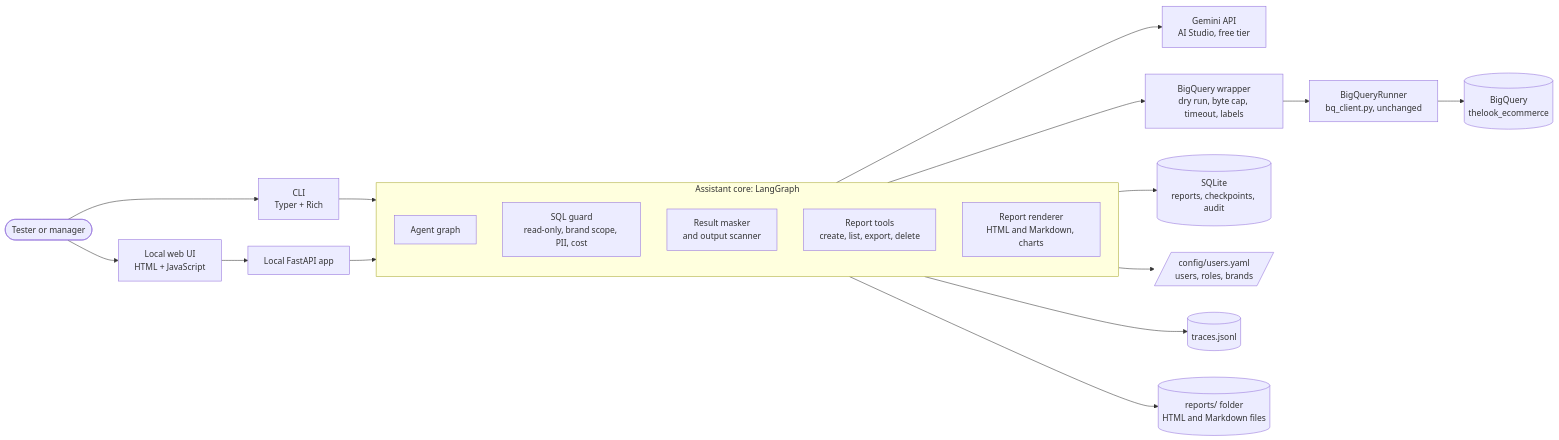
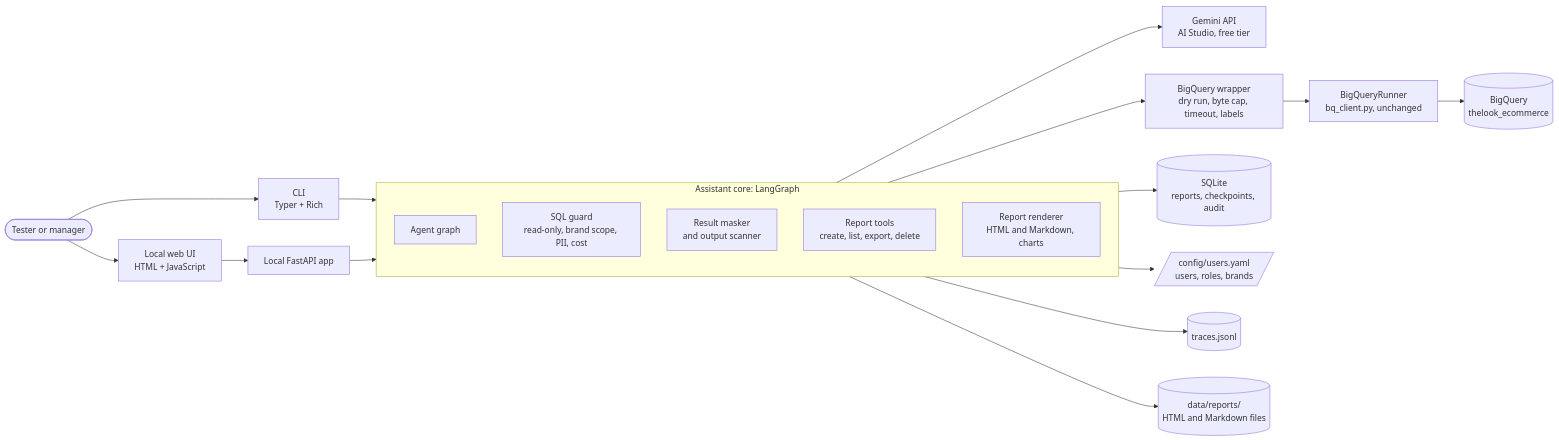
One commit to ynsa/retail-analytics-assistant changed the first of 4 diagrams in docs/product/architecture.md. Above: the diagram before and after it, drawn with Mermaid. The commit also changed other lines of this file and 5 other files, not shown here.

````diff
--- a/docs/product/architecture.md
+++ b/docs/product/architecture.md
@@ -25,35 +25,35 @@
 ```mermaid
 flowchart LR
     user(["Tester or manager"])
     cli["CLI<br/>Typer + Rich"]
     ui["Local web UI<br/>HTML + JavaScript"]
     api["Local FastAPI app"]
 
     subgraph core["Assistant core: LangGraph"]
         agent["Agent graph"]
         guard["SQL guard<br/>read-only, brand scope, PII, cost"]
         mask["Result masker<br/>and output scanner"]
         rtools["Report tools<br/>create, list, export, delete"]
         render["Report renderer<br/>HTML and Markdown, charts"]
     end
 
     gemini["Gemini API<br/>AI Studio, free tier"]
     wrapper["BigQuery wrapper<br/>dry run, byte cap, timeout, labels"]
     runner["BigQueryRunner<br/>bq_client.py, unchanged"]
     bq[("BigQuery<br/>thelook_ecommerce")]
     sqlite[("SQLite<br/>reports, checkpoints, audit")]
     cfg[/"config/users.yaml<br/>users, roles, brands"/]
     traces[("traces.jsonl")]
-    files[("reports/ folder<br/>HTML and Markdown files")]
+    files[("data/reports/<br/>HTML and Markdown files")]
 
     user --> cli
     user --> ui --> api
     cli --> core
     api --> core
     core --> gemini
     core --> wrapper --> runner --> bq
     core --> sqlite
     core --> cfg
     core --> traces
     core --> files
 ```
````
